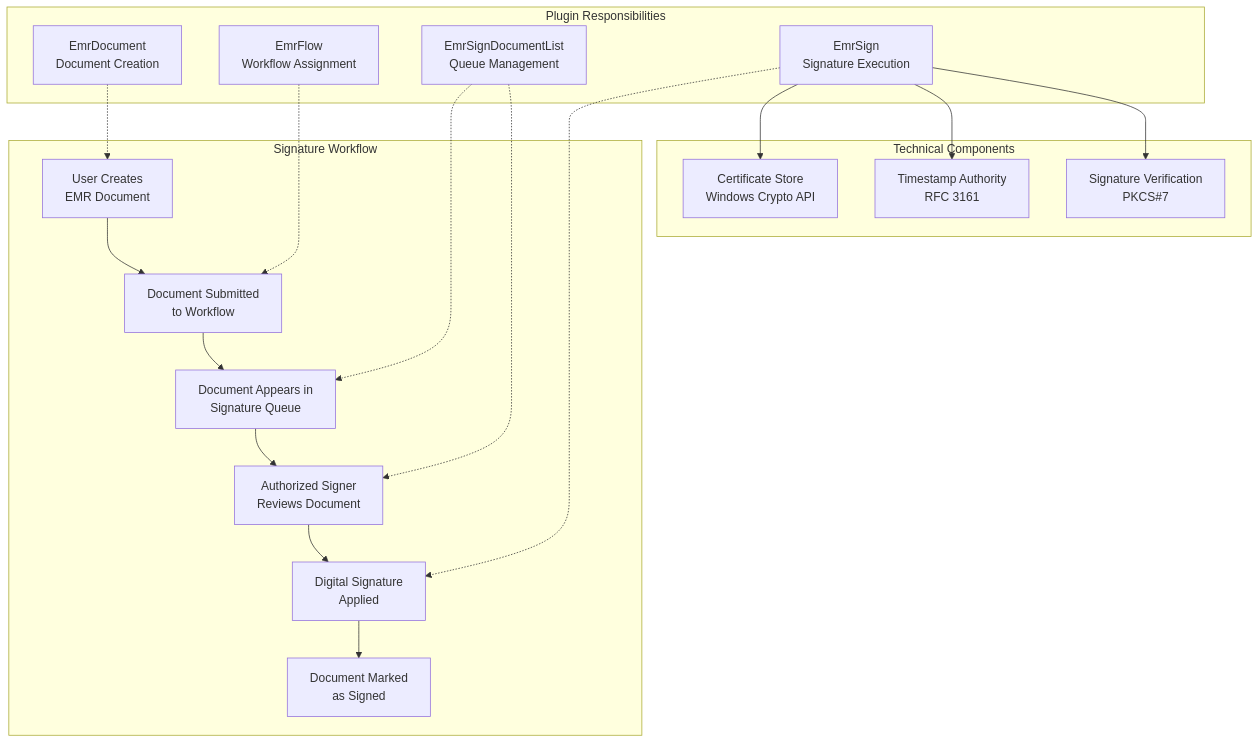
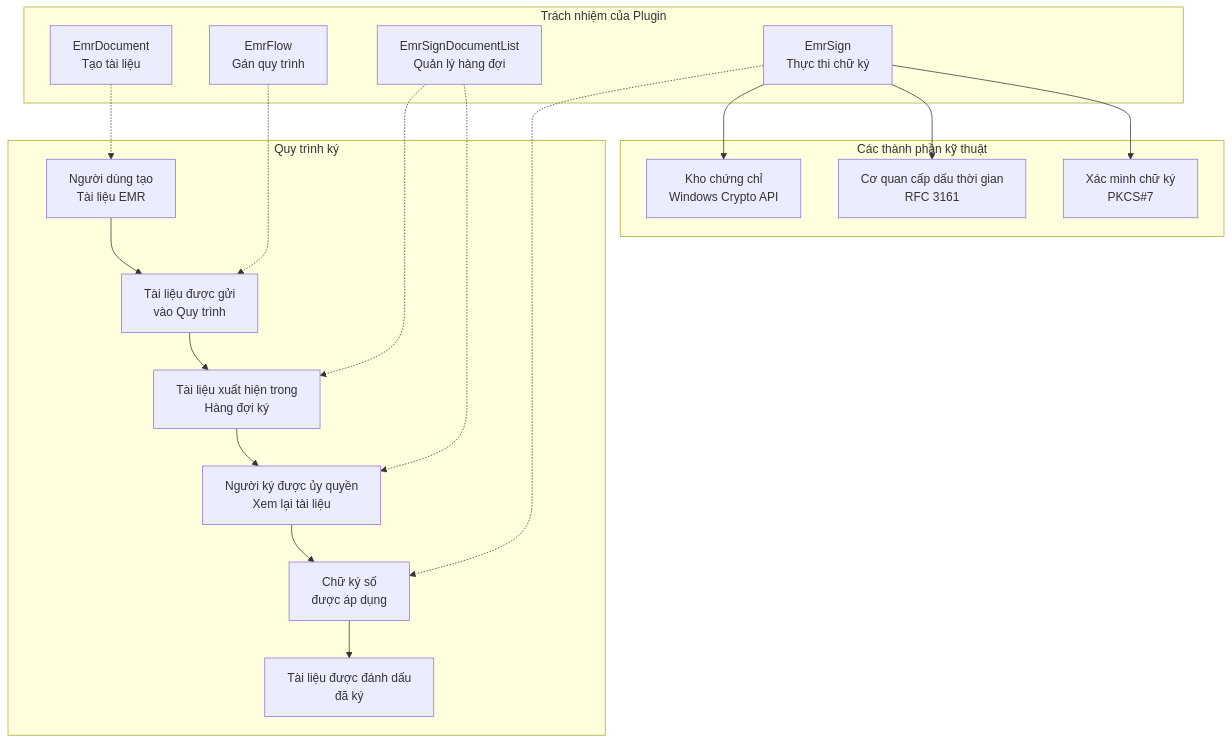
One commit to thangpnb/HIS changed diagram 12 of 16 in docs/his-ba-documentation/03-business-domains/administration/access-control.md. Above: the diagram before and after it, drawn with Mermaid. The commit also changed other lines of this file and 30 other files, not shown here.

Commit message:
Refactor architecture docs and update translations

````diff
--- a/docs/his-ba-documentation/03-business-domains/administration/access-control.md
+++ b/docs/his-ba-documentation/03-business-domains/administration/access-control.md
@@ -688,40 +685,40 @@
 ```mermaid
 graph TB
-    subgraph "Signature Workflow"
-        CreateDoc["User Creates<br/>EMR Document"]
-        SubmitFlow["Document Submitted<br/>to Workflow"]
-        QueueSign["Document Appears in<br/>Signature Queue"]
-        ReviewDoc["Authorized Signer<br/>Reviews Document"]
-        ExecuteSign["Digital Signature<br/>Applied"]
-        CompletedDoc["Document Marked<br/>as Signed"]
+    subgraph "Quy trình ký"
+        CreateDoc["Người dùng tạo<br/>Tài liệu EMR"]
+        SubmitFlow["Tài liệu được gửi<br/>vào Quy trình"]
+        QueueSign["Tài liệu xuất hiện trong<br/>Hàng đợi ký"]
+        ReviewDoc["Người ký được ủy quyền<br/>Xem lại tài liệu"]
+        ExecuteSign["Chữ ký số<br/>được áp dụng"]
+        CompletedDoc["Tài liệu được đánh dấu<br/>đã ký"]
     end
     
-    subgraph "Plugin Responsibilities"
-        EmrDocument2["EmrDocument<br/>Document Creation"]
-        EmrFlow2["EmrFlow<br/>Workflow Assignment"]
-        EmrSignDocList2["EmrSignDocumentList<br/>Queue Management"]
-        EmrSign2["EmrSign<br/>Signature Execution"]
+    subgraph "Trách nhiệm của Plugin"
+        EmrDocument2["EmrDocument<br/>Tạo tài liệu"]
+        EmrFlow2["EmrFlow<br/>Gán quy trình"]
+        EmrSignDocList2["EmrSignDocumentList<br/>Quản lý hàng đợi"]
+        EmrSign2["EmrSign<br/>Thực thi chữ ký"]
     end
     
-    subgraph "Technical Components"
-        CertStore["Certificate Store<br/>Windows Crypto API"]
-        TimeStamp["Timestamp Authority<br/>RFC 3161"]
-        SignVerify["Signature Verification<br/>PKCS#7"]
+    subgraph "Các thành phần kỹ thuật"
+        CertStore["Kho chứng chỉ<br/>Windows Crypto API"]
+        TimeStamp["Cơ quan cấp dấu thời gian<br/>RFC 3161"]
+        SignVerify["Xác minh chữ ký<br/>PKCS#7"]
     end
     
     CreateDoc --> SubmitFlow
     SubmitFlow --> QueueSign
     QueueSign --> ReviewDoc
     ReviewDoc --> ExecuteSign
     ExecuteSign --> CompletedDoc
     
     EmrDocument2 -.-> CreateDoc
     EmrFlow2 -.-> SubmitFlow
     EmrSignDocList2 -.-> QueueSign
     EmrSignDocList2 -.-> ReviewDoc
     EmrSign2 -.-> ExecuteSign
     
     EmrSign2 --> CertStore
     EmrSign2 --> TimeStamp
     EmrSign2 --> SignVerify
 ```
````
